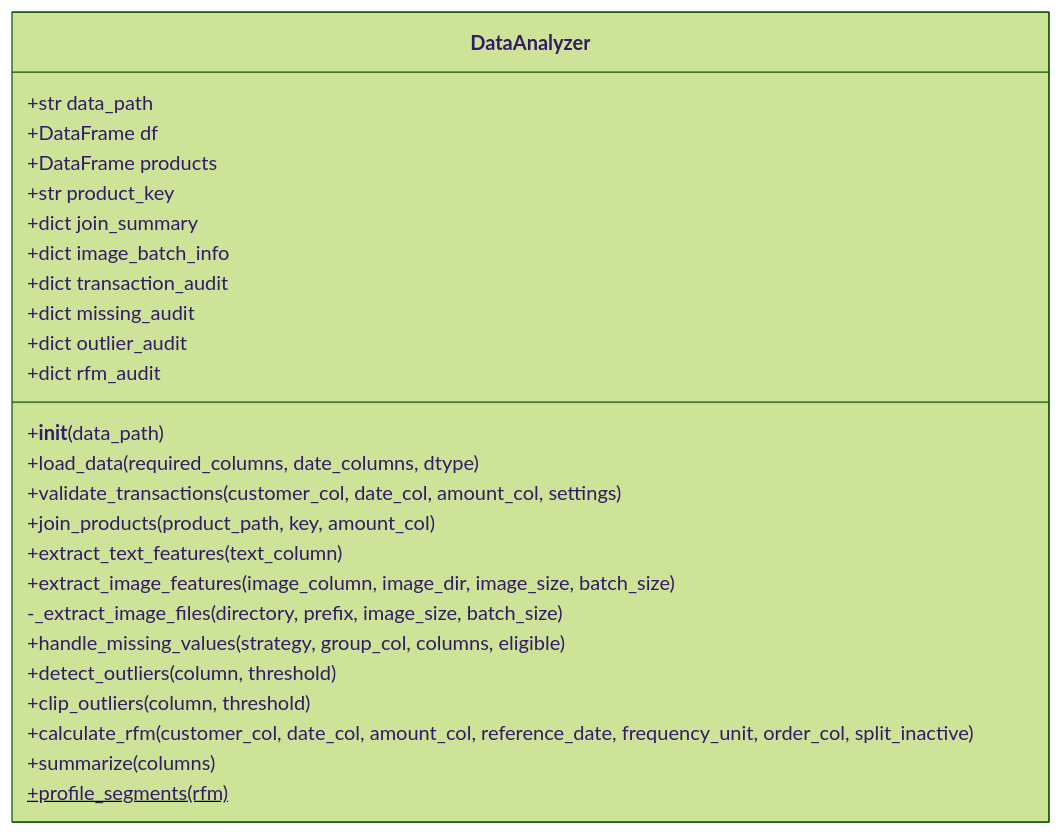
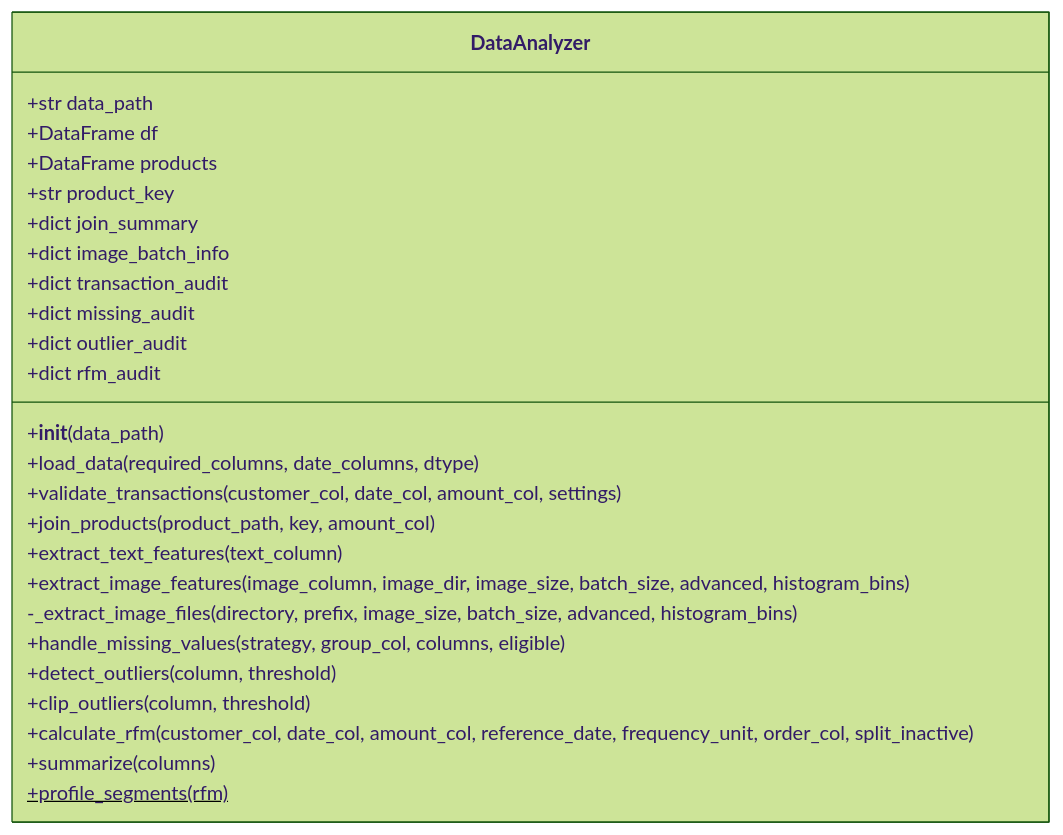
One commit to ntt65/A1_1 changed the second of 4 diagrams in README.md. Above: the diagram before and after it, drawn with Mermaid (forest theme). The commit also changed other lines of this file and 6 other files, not shown here.

````diff
--- a/README.md
+++ b/README.md
@@ -328,28 +364,28 @@
 ```mermaid
 classDiagram
     class DataAnalyzer {
         +str data_path
         +DataFrame df
         +DataFrame products
         +str product_key
         +dict join_summary
         +dict image_batch_info
         +dict transaction_audit
         +dict missing_audit
         +dict outlier_audit
         +dict rfm_audit
         +__init__(data_path)
         +load_data(required_columns, date_columns, dtype)
         +validate_transactions(customer_col, date_col, amount_col, settings)
         +join_products(product_path, key, amount_col)
         +extract_text_features(text_column)
-        +extract_image_features(image_column, image_dir, image_size, batch_size)
-        -_extract_image_files(directory, prefix, image_size, batch_size)
+        +extract_image_features(image_column, image_dir, image_size, batch_size, advanced, histogram_bins)
+        -_extract_image_files(directory, prefix, image_size, batch_size, advanced, histogram_bins)
         +handle_missing_values(strategy, group_col, columns, eligible)
         +detect_outliers(column, threshold)
         +clip_outliers(column, threshold)
         +calculate_rfm(customer_col, date_col, amount_col, reference_date, frequency_unit, order_col, split_inactive)
         +summarize(columns)
         +profile_segments(rfm)$
     }
 ```
````
